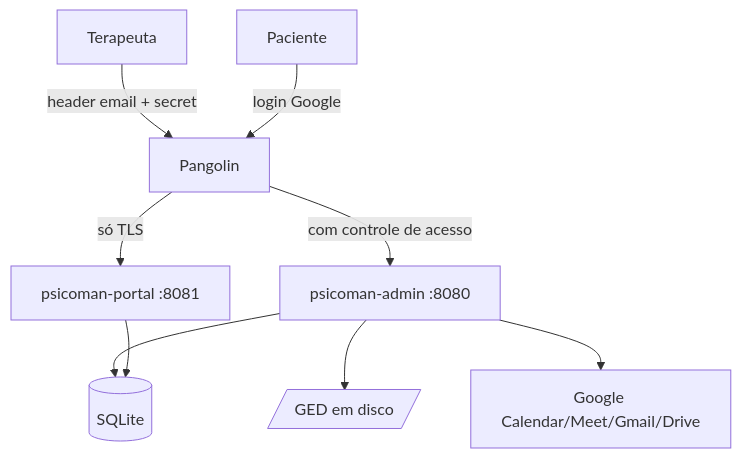
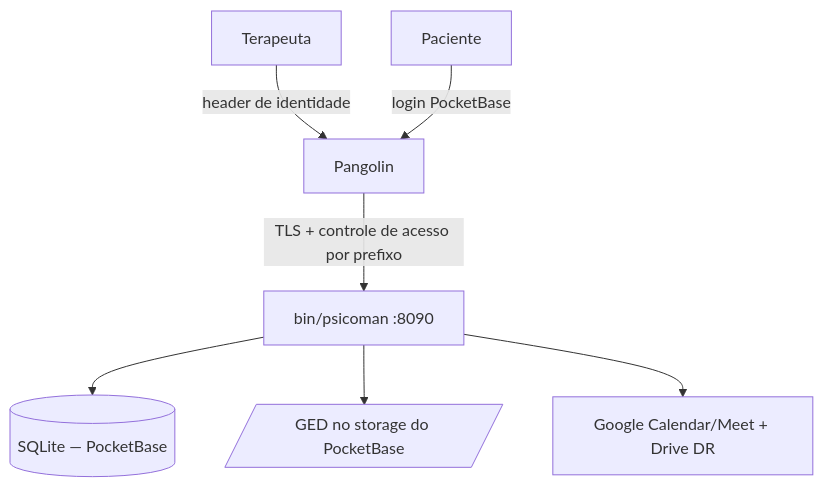
Before and after one commit to RafaelFino/psicoman: the diagram in docs/deploy.md, drawn with Mermaid. The commit also changed other lines of this file and 7 other files, not shown here.

````diff
--- a/docs/deploy.md
+++ b/docs/deploy.md
@@ -27,11 +17,9 @@
 ```mermaid
 flowchart TB
-    Terapeuta -->|header email + secret| Pangolin
-    Paciente -->|login Google| Pangolin
-    Pangolin -->|com controle de acesso| Admin[psicoman-admin :8080]
-    Pangolin -->|só TLS| Portal[psicoman-portal :8081]
-    Admin --> DB[(SQLite)]
-    Portal --> DB
-    Admin --> GED[/GED em disco/]
-    Admin --> Google[Google Calendar/Meet/Gmail/Drive]
+    Terapeuta -->|header de identidade| Pangolin
+    Paciente -->|login PocketBase| Pangolin
+    Pangolin -->|TLS + controle de acesso por prefixo| Psicoman[bin/psicoman :8090]
+    Psicoman --> DB[(SQLite — PocketBase)]
+    Psicoman --> GED[/GED no storage do PocketBase/]
+    Psicoman --> Google[Google Calendar/Meet + Drive DR]
 ```
````
